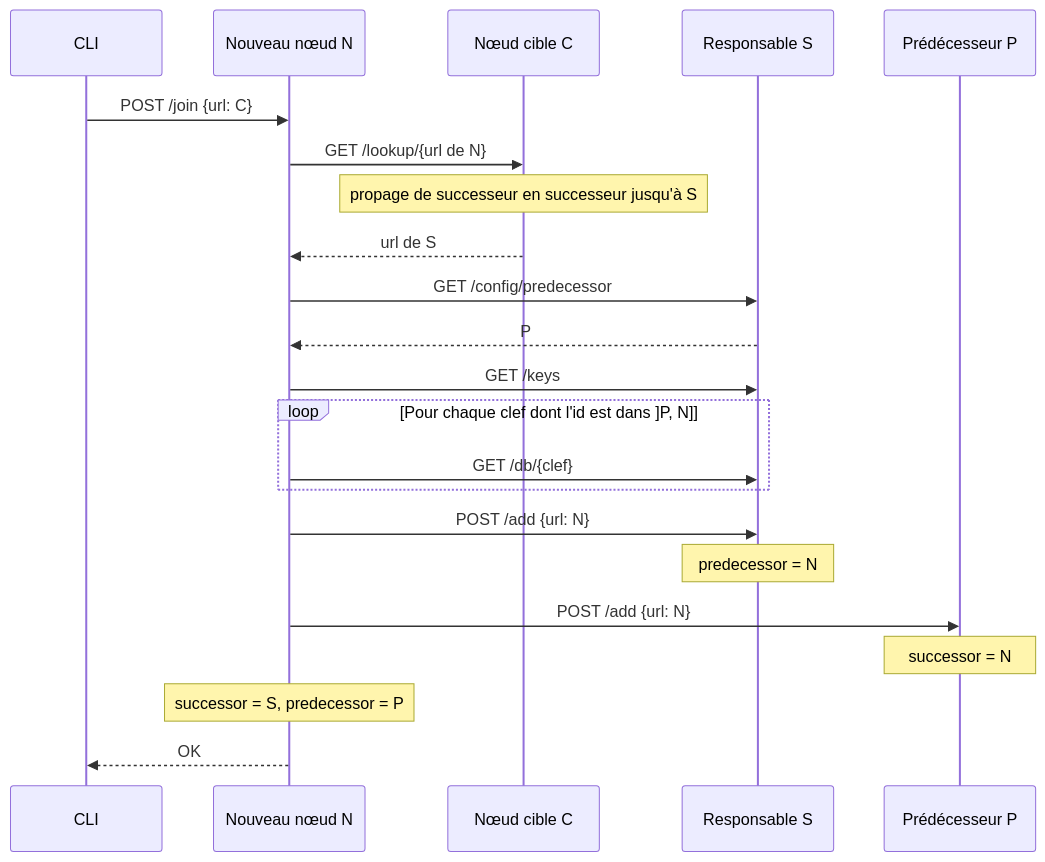
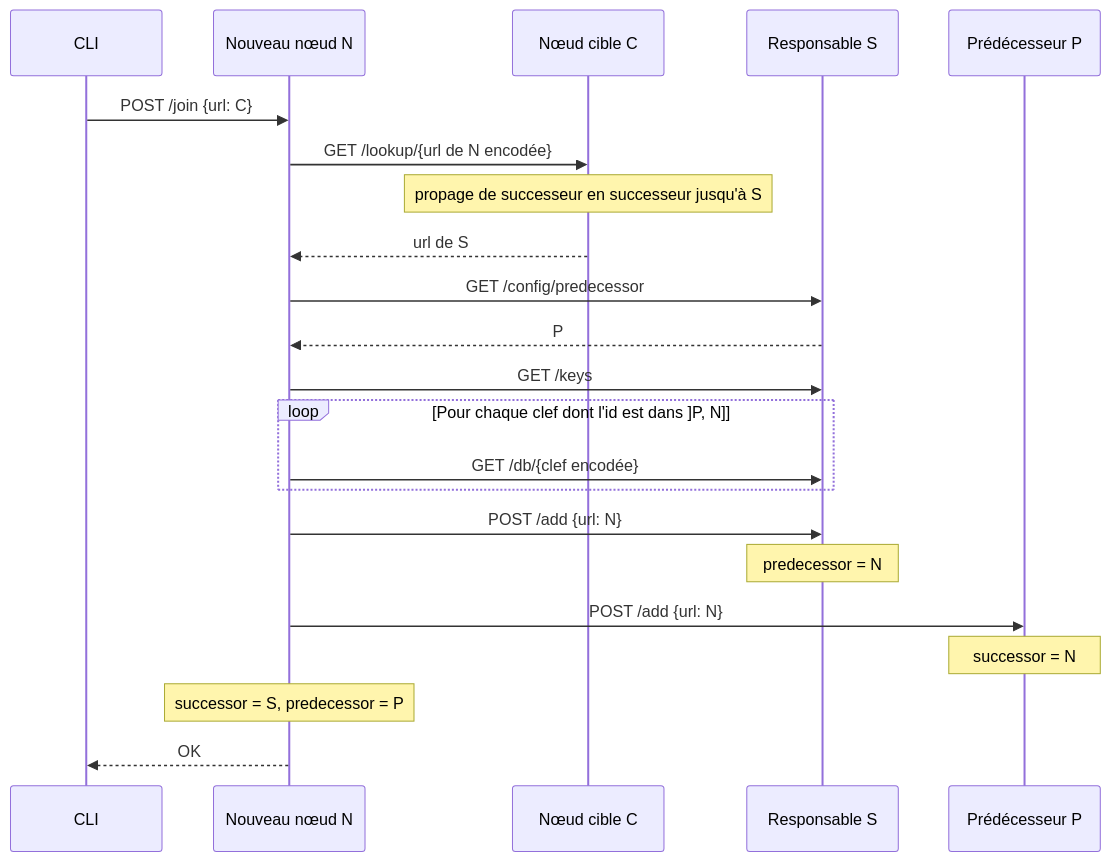
The diagram in README.md (dreimert/syd-dht), drawn with Mermaid before and after one commit. The commit also changed other lines of this file and 3 other files, not shown here.

````diff
--- a/README.md
+++ b/README.md
@@ -305,24 +312,24 @@
 ```mermaid
 sequenceDiagram
   participant CLI
   participant N as Nouveau nœud N
   participant C as Nœud cible C
   participant S as Responsable S
   participant P as Prédécesseur P
   CLI->>N: POST /join {url: C}
-  N->>C: GET /lookup/{url de N}
+  N->>C: GET /lookup/{url de N encodée}
   Note over C: propage de successeur en successeur jusqu'à S
   C-->>N: url de S
   N->>S: GET /config/predecessor
   S-->>N: P
   N->>S: GET /keys
   loop Pour chaque clef dont l'id est dans ]P, N]
-    N->>S: GET /db/{clef}
+    N->>S: GET /db/{clef encodée}
   end
   N->>S: POST /add {url: N}
   Note over S: predecessor = N
   N->>P: POST /add {url: N}
   Note over P: successor = N
   Note over N: successor = S, predecessor = P
   N-->>CLI: OK
 ```
````
